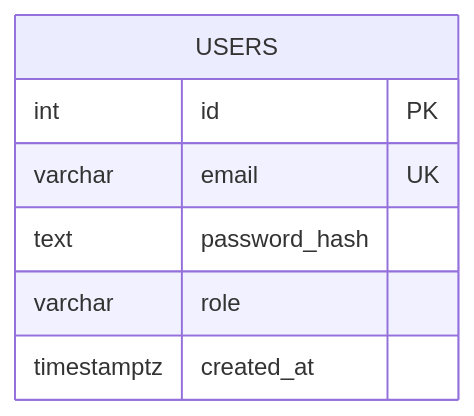
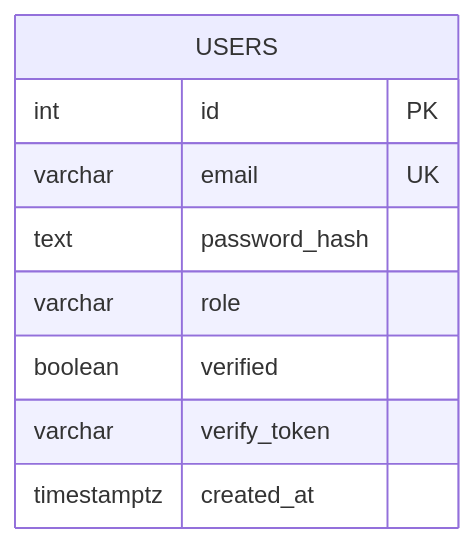
The seventh of 14 diagrams in .qoder/repowiki/en/content/Authentication Service.md (ikramhh/signvue-project), drawn with Mermaid before and after one commit. The commit also changed other lines of this file and 4 other files, not shown here.

````diff
--- a/.qoder/repowiki/en/content/Authentication Service.md
+++ b/.qoder/repowiki/en/content/Authentication Service.md
@@ -206,10 +259,12 @@
 ```mermaid
 erDiagram
 USERS {
 int id PK
 varchar email UK
 text password_hash
 varchar role
+boolean verified
+varchar verify_token
 timestamptz created_at
 }
 ```
````
